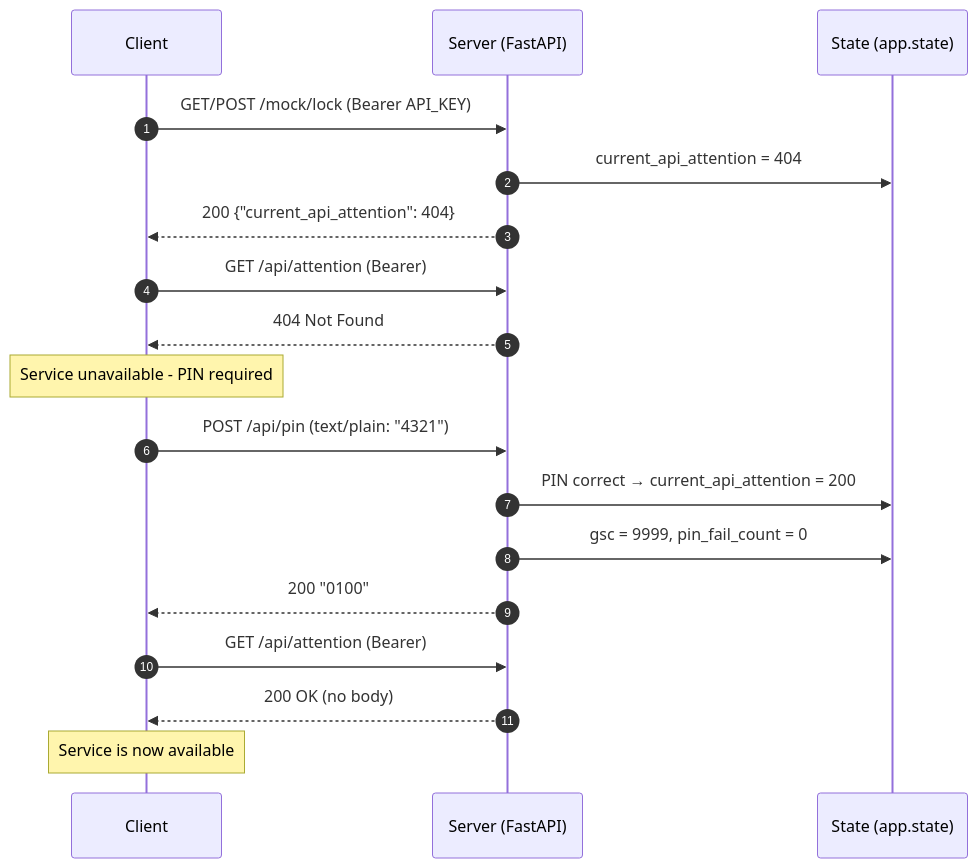
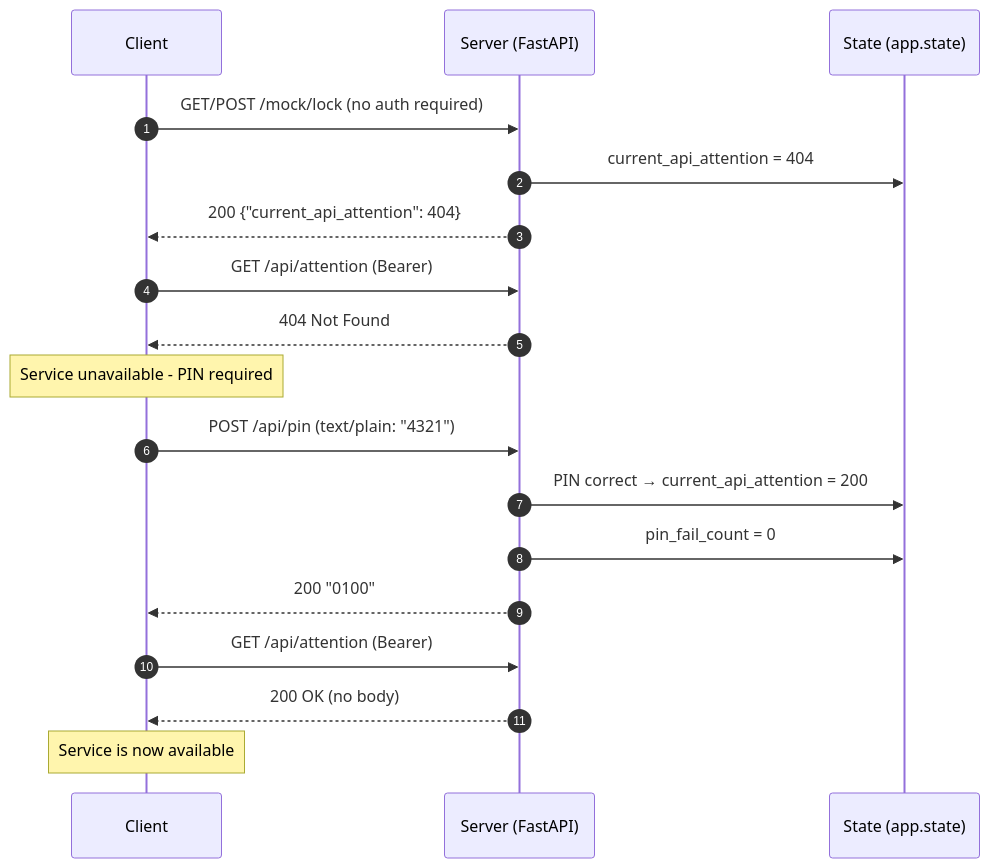
One commit to bringout/ofs-mockup-srv changed the fourth of 8 diagrams in doc/SEQUENCES.md. Above: the diagram before and after it, drawn with Mermaid. The commit also changed other lines of this file, not shown here.

First line of the commit message:
Update sequence diagrams to remove GSC references and show no-auth mock endpoints

````diff
--- a/doc/SEQUENCES.md
+++ b/doc/SEQUENCES.md
@@ -49,24 +70,24 @@
 ```mermaid
 sequenceDiagram
     autonumber
     participant C as Client
     participant S as Server (FastAPI)
     participant ST as State (app.state)
 
-    C->>S: GET/POST /mock/lock (Bearer API_KEY)
+    C->>S: GET/POST /mock/lock (no auth required)
     S->>ST: current_api_attention = 404
     S-->>C: 200 {"current_api_attention": 404}
 
     C->>S: GET /api/attention (Bearer)
     S-->>C: 404 Not Found
     Note over C: Service unavailable - PIN required
 
     C->>S: POST /api/pin (text/plain: "4321")
     S->>ST: PIN correct → current_api_attention = 200
-    S->>ST: gsc = 9999, pin_fail_count = 0
+    S->>ST: pin_fail_count = 0
     S-->>C: 200 "0100"
 
     C->>S: GET /api/attention (Bearer)
     S-->>C: 200 OK (no body)
     Note over C: Service is now available
 ```
````
